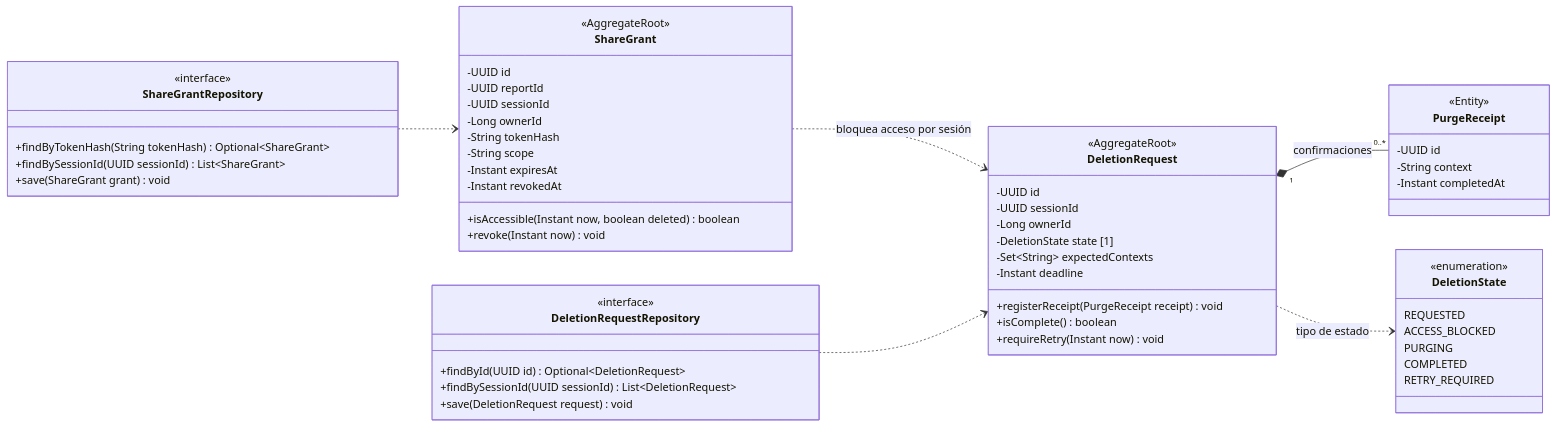
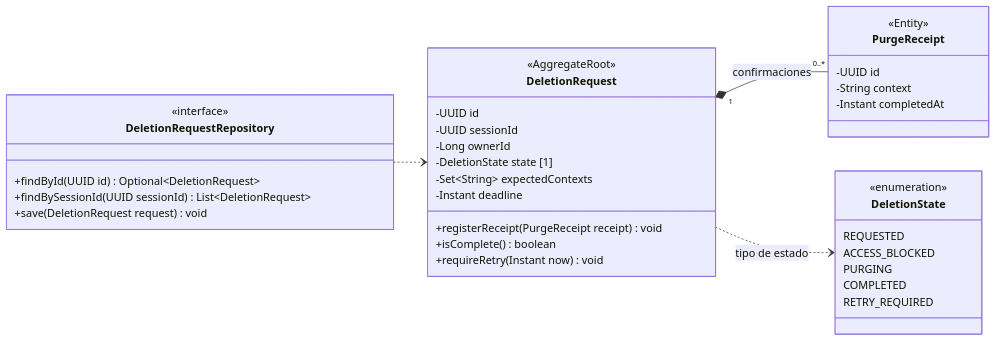
Before and after one commit to upc-pre-202620-si728-16365-thropic/talki-project-report: the diagram in assets/diagrams/tactical/06-sharing-retention-classes.mmd, drawn with Mermaid. The commit also changed 72 other files, not shown here.

```diff
--- a/assets/diagrams/tactical/06-sharing-retention-classes.mmd
+++ b/assets/diagrams/tactical/06-sharing-retention-classes.mmd
@@ -1,60 +1,41 @@
 classDiagram
  direction LR
-class ShareGrant {
-  <<AggregateRoot>>
-  -UUID id
-  -UUID reportId
-  -UUID sessionId
-  -Long ownerId
-  -String tokenHash
-  -String scope
-  -Instant expiresAt
-  -Instant revokedAt
-  +isAccessible(Instant now, boolean deleted) boolean
-  +revoke(Instant now) void
-}
+
 class DeletionRequest {
   <<AggregateRoot>>
   -UUID id
   -UUID sessionId
   -Long ownerId
   -DeletionState state [1]
   -Set~String~ expectedContexts
   -Instant deadline
   +registerReceipt(PurgeReceipt receipt) void
   +isComplete() boolean
   +requireRetry(Instant now) void
 }
 class DeletionState {
   <<enumeration>>
   REQUESTED
   ACCESS_BLOCKED
   PURGING
   COMPLETED
   RETRY_REQUIRED
 }
 class PurgeReceipt {
   <<Entity>>
   -UUID id
   -String context
   -Instant completedAt
 }
 DeletionRequest "1" *-- "0..*" PurgeReceipt : confirmaciones
 DeletionRequest ..> DeletionState : tipo de estado
-ShareGrant ..> DeletionRequest : bloquea acceso por sesión
 
-class ShareGrantRepository {
-  <<interface>>
-  +findByTokenHash(String tokenHash) Optional~ShareGrant~
-  +findBySessionId(UUID sessionId) List~ShareGrant~
-  +save(ShareGrant grant) void
-}
-ShareGrantRepository ..> ShareGrant
+
 
 class DeletionRequestRepository {
   <<interface>>
   +findById(UUID id) Optional~DeletionRequest~
   +findBySessionId(UUID sessionId) List~DeletionRequest~
   +save(DeletionRequest request) void
 }
 DeletionRequestRepository ..> DeletionRequest
```
